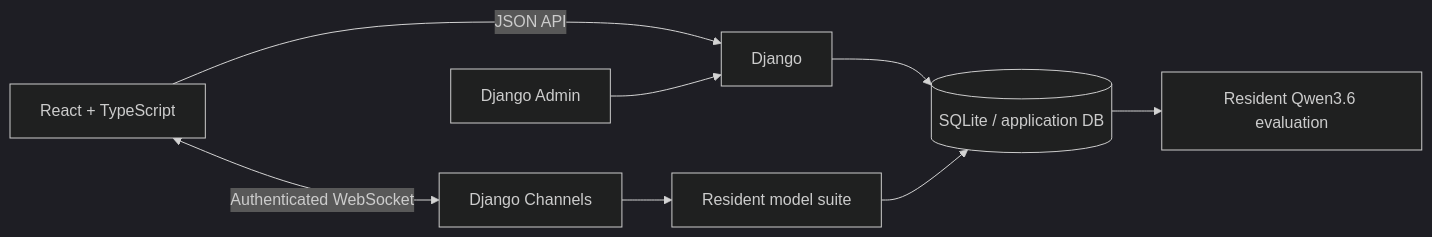
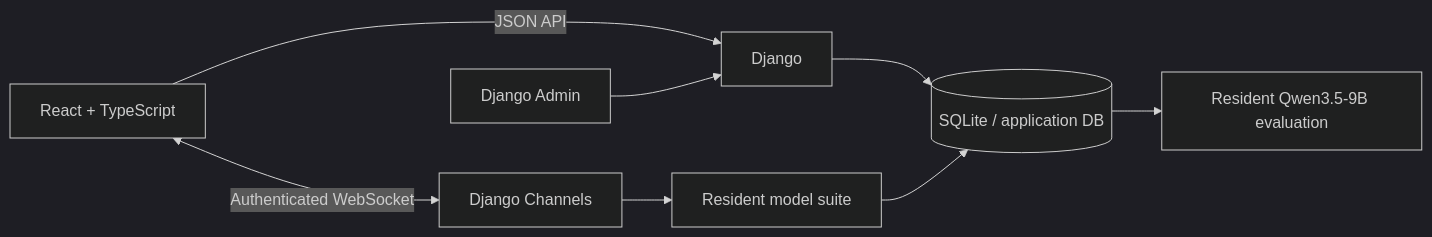
Before and after one commit to jaredturck/AI-interview: the first of 5 diagrams in docs/ARCHITECTURE.md, drawn with Mermaid (dark theme). The commit also changed other lines of this file and 16 other files, not shown here.

Commit message:
Replace the oversized Qwen3.6-27B shared model with Qwen3.5-9B INT8 on a single GPU and simplify evaluation generation for reliable end-to-end completion. Reduce evaluator batching and output limits, disable hidden thinking during evaluation, and add clear progress/result logging.

````diff
--- a/docs/ARCHITECTURE.md
+++ b/docs/ARCHITECTURE.md
@@ -5,10 +5,10 @@
 ```mermaid
 flowchart LR
     Browser[React + TypeScript] -->|JSON API| API[Django]
     Browser <-->|Authenticated WebSocket| WS[Django Channels]
     API --> DB[(SQLite / application DB)]
     WS --> Runtime[Resident model suite]
     Runtime --> DB
-    DB --> Eval[Resident Qwen3.6 evaluation]
+    DB --> Eval[Resident Qwen3.5-9B evaluation]
     Admin[Django Admin] --> API
 ```
````
